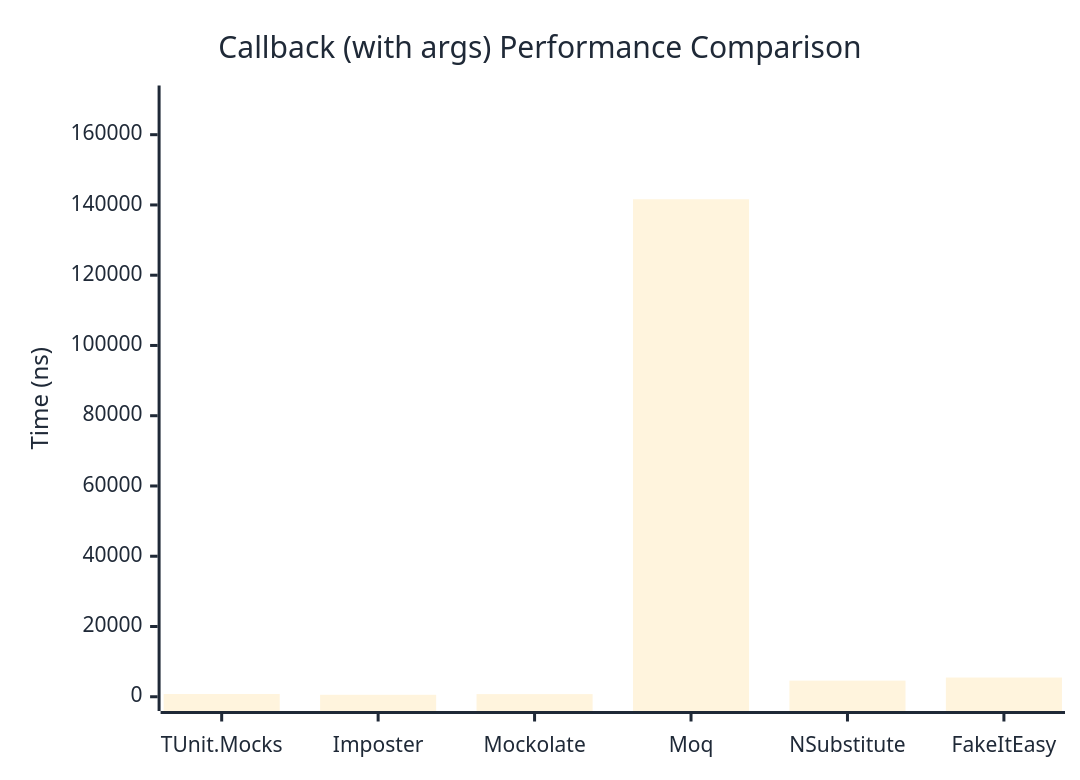
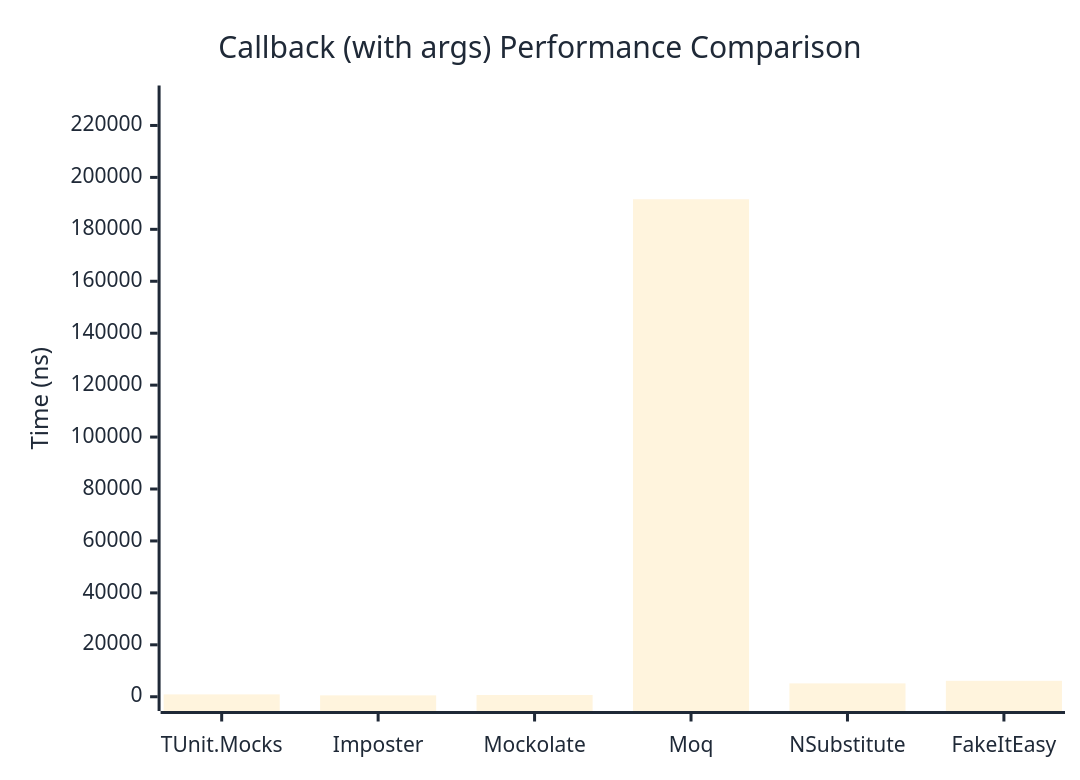
Before and after one commit to thomhurst/TUnit: the second of 2 diagrams in docs/docs/benchmarks/mocks/Callback.md, drawn with Mermaid. The commit also changed other lines of this file and 14 other files, not shown here.

````diff
--- a/docs/docs/benchmarks/mocks/Callback.md
+++ b/docs/docs/benchmarks/mocks/Callback.md
@@ -69,27 +69,27 @@
 ```mermaid
 %%{init: {
   'theme':'base',
   'themeVariables': {
     'primaryColor': '#2563eb',
     'primaryTextColor': '#1f2937',
     'primaryBorderColor': '#1e40af',
     'lineColor': '#6b7280',
     'secondaryColor': '#7c3aed',
     'tertiaryColor': '#dc2626',
     'background': '#ffffff',
     'pie1': '#2563eb',
     'pie2': '#7c3aed',
     'pie3': '#dc2626',
     'pie4': '#f59e0b',
     'pie5': '#10b981',
     'pie6': '#06b6d4',
     'pie7': '#ec4899',
     'pie8': '#6366f1'
   }
 }}%%
 xychart-beta
   title "Callback (with args) Performance Comparison"
   x-axis ["TUnit.Mocks", "Imposter", "Mockolate", "Moq", "NSubstitute", "FakeItEasy"]
-  y-axis "Time (ns)" 0 --> 169945
-  bar [782.6, 557.1, 753.7, 141620.2, 4593.7, 5469.7]
+  y-axis "Time (ns)" 0 --> 229902
+  bar [905.4, 532, 682.8, 191584.7, 5140.2, 6140.7]
 ```
````
